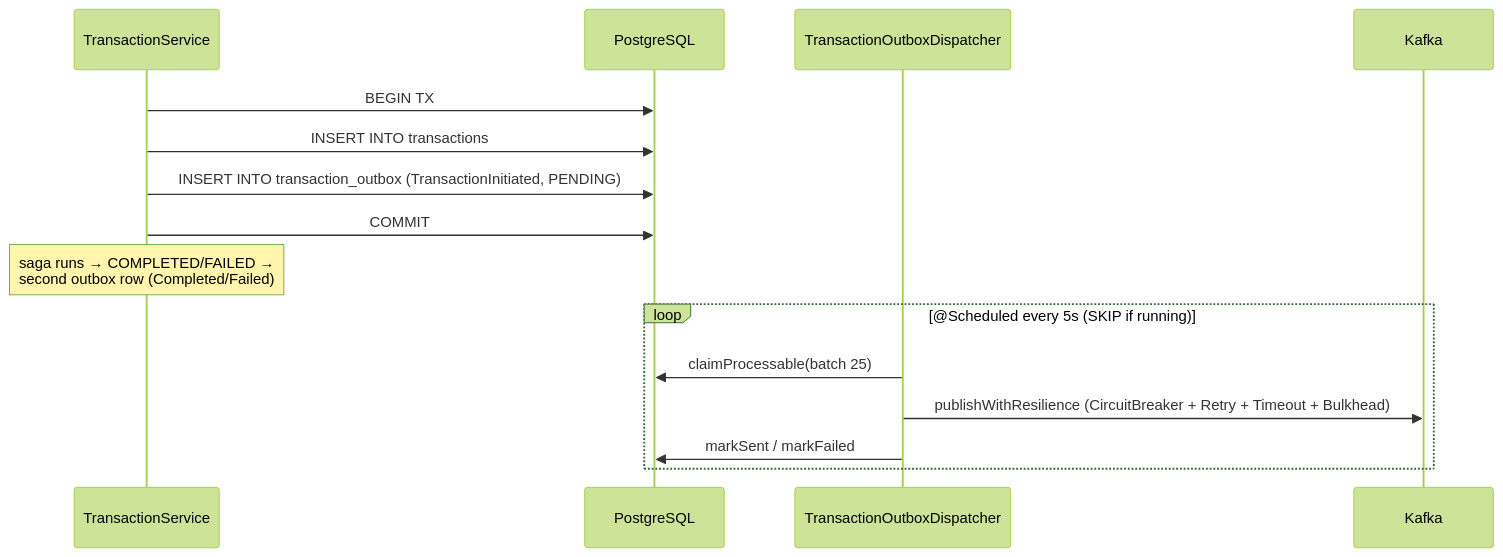
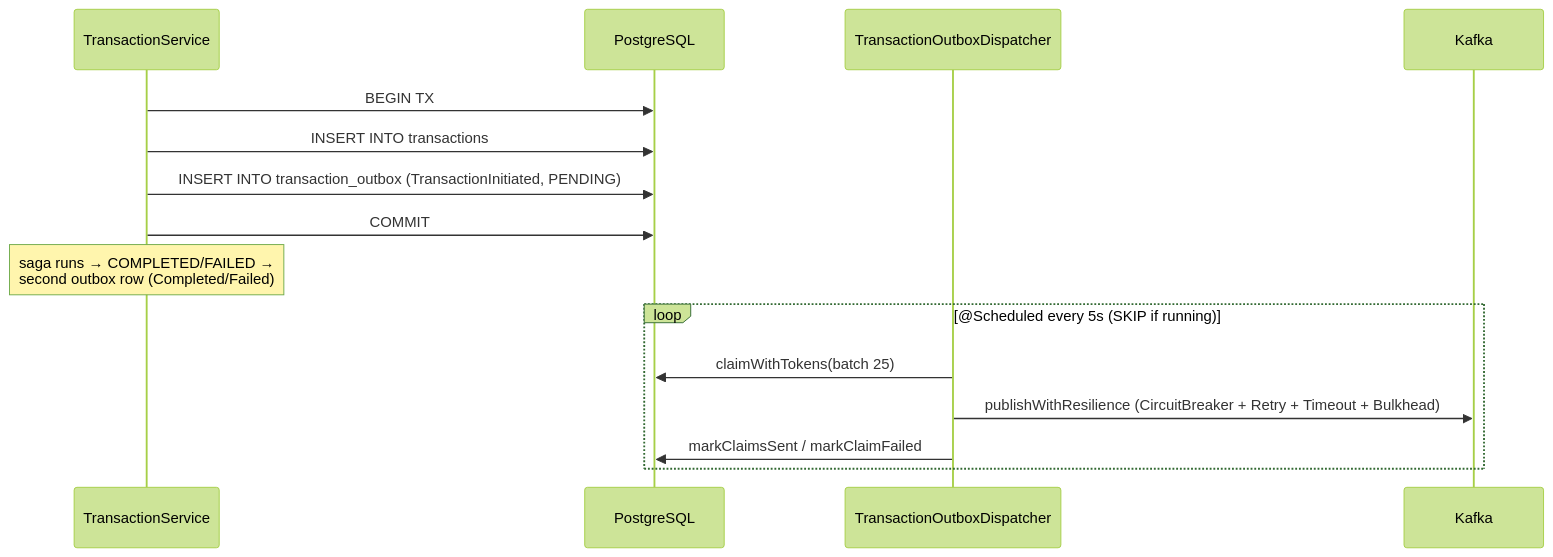
The fourth of 4 diagrams in openbank-transaction-service/src/main/resources/docs/02-architecture.en.md (JiRaska/open-bank-oss), drawn with Mermaid (forest theme) before and after one commit. The commit also changed other lines of this file and 13 other files, not shown here.

````diff
--- a/openbank-transaction-service/src/main/resources/docs/02-architecture.en.md
+++ b/openbank-transaction-service/src/main/resources/docs/02-architecture.en.md
@@ -130,19 +130,19 @@
 ```mermaid
 sequenceDiagram
   participant TS as TransactionService
   participant DB as PostgreSQL
   participant D as TransactionOutboxDispatcher
   participant K as Kafka
 
   TS->>DB: BEGIN TX
   TS->>DB: INSERT INTO transactions
   TS->>DB: INSERT INTO transaction_outbox (TransactionInitiated, PENDING)
   TS->>DB: COMMIT
   Note over TS: saga runs → COMPLETED/FAILED →<br/>second outbox row (Completed/Failed)
 
   loop @Scheduled every 5s (SKIP if running)
-    D->>DB: claimProcessable(batch 25)
+    D->>DB: claimWithTokens(batch 25)
     D->>K: publishWithResilience (CircuitBreaker + Retry + Timeout + Bulkhead)
-    D->>DB: markSent / markFailed
+    D->>DB: markClaimsSent / markClaimFailed
   end
 ```
````
